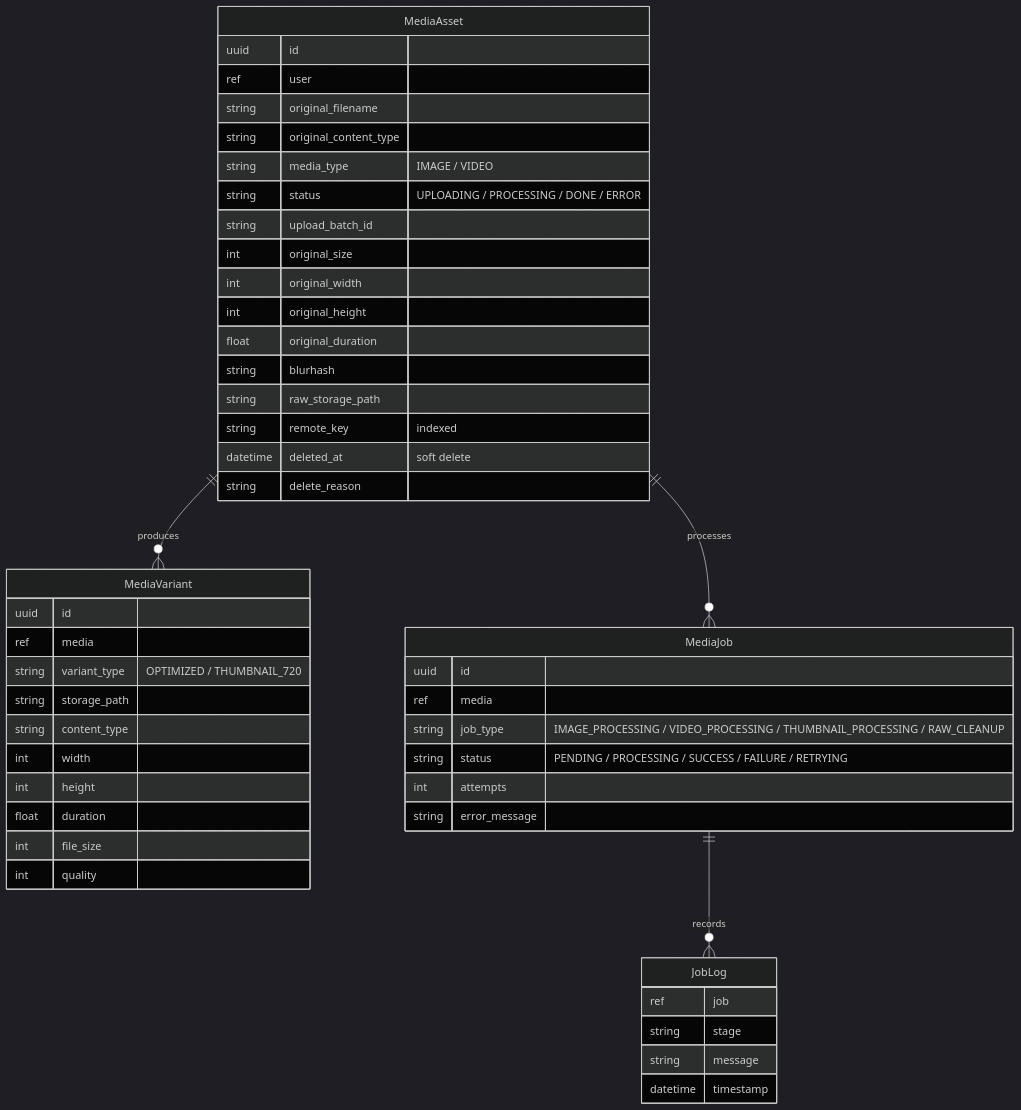
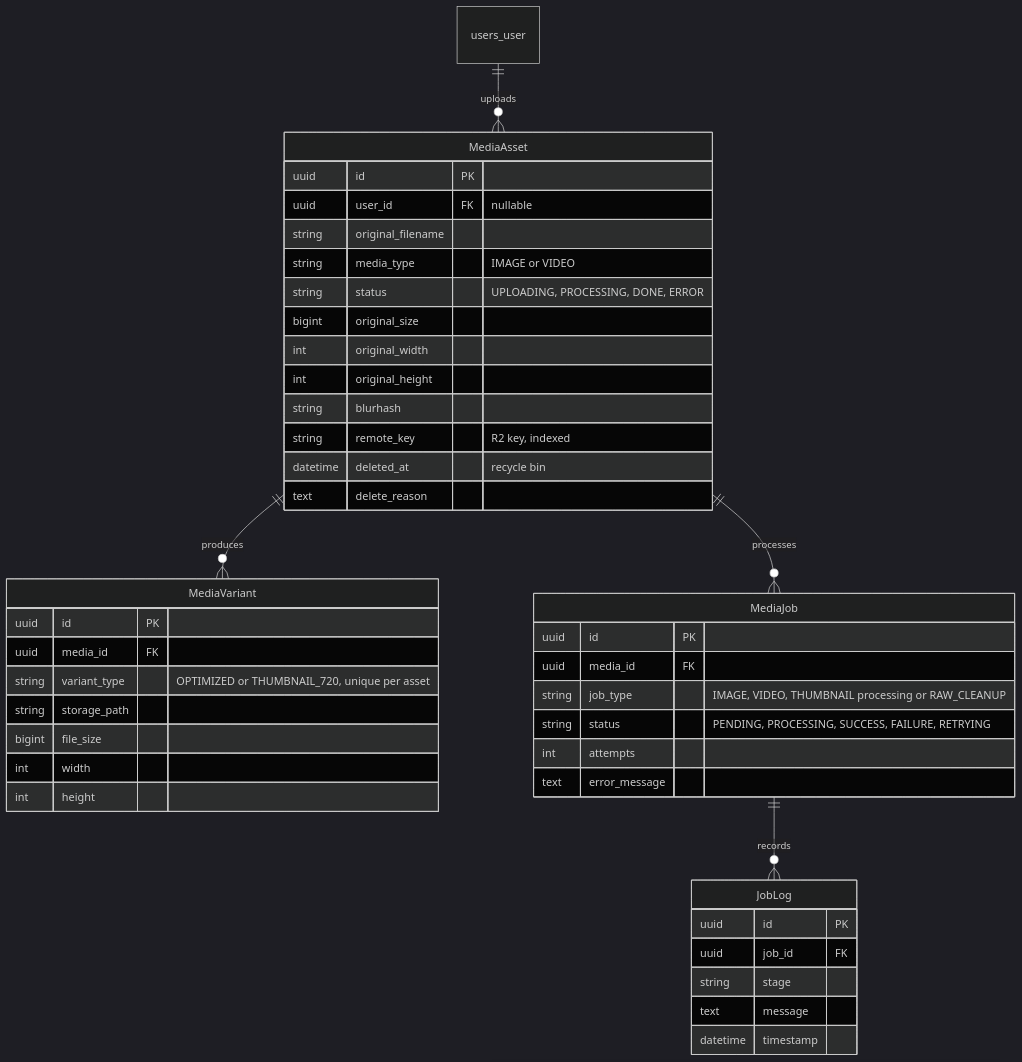
Before and after one commit to ss-travingat/devportal: the second of 4 diagrams in src/docs/Media-Engine.md, drawn with Mermaid (dark theme). The commit also changed other lines of this file and 7 other files, not shown here.

````diff
--- a/src/docs/Media-Engine.md
+++ b/src/docs/Media-Engine.md
@@ -63,51 +56,46 @@
 ```mermaid
 erDiagram
+    users_user ||--o{ MediaAsset : uploads
     MediaAsset ||--o{ MediaVariant : produces
     MediaAsset ||--o{ MediaJob : processes
     MediaJob ||--o{ JobLog : records
 
     MediaAsset {
-        uuid id
-        ref user
+        uuid id PK
+        uuid user_id FK "nullable"
         string original_filename
-        string original_content_type
-        string media_type "IMAGE / VIDEO"
-        string status "UPLOADING / PROCESSING / DONE / ERROR"
-        string upload_batch_id
-        int original_size
+        string media_type "IMAGE or VIDEO"
+        string status "UPLOADING, PROCESSING, DONE, ERROR"
+        bigint original_size
         int original_width
         int original_height
-        float original_duration
         string blurhash
-        string raw_storage_path
-        string remote_key "indexed"
-        datetime deleted_at "soft delete"
-        string delete_reason
+        string remote_key "R2 key, indexed"
+        datetime deleted_at "recycle bin"
+        text delete_reason
     }
     MediaVariant {
-        uuid id
-        ref media
-        string variant_type "OPTIMIZED / THUMBNAIL_720"
+        uuid id PK
+        uuid media_id FK
+        string variant_type "OPTIMIZED or THUMBNAIL_720, unique per asset"
         string storage_path
-        string content_type
+        bigint file_size
         int width
         int height
-        float duration
-        int file_size
-        int quality
     }
     MediaJob {
-        uuid id
-        ref media
-        string job_type "IMAGE_PROCESSING / VIDEO_PROCESSING / THUMBNAIL_PROCESSING / RAW_CLEANUP"
-        string status "PENDING / PROCESSING / SUCCESS / FAILURE / RETRYING"
+        uuid id PK
+        uuid media_id FK
+        string job_type "IMAGE, VIDEO, THUMBNAIL processing or RAW_CLEANUP"
+        string status "PENDING, PROCESSING, SUCCESS, FAILURE, RETRYING"
         int attempts
-        string error_message
+        text error_message
     }
     JobLog {
-        ref job
+        uuid id PK
+        uuid job_id FK
         string stage
-        string message
+        text message
         datetime timestamp
     }
 ```
````
